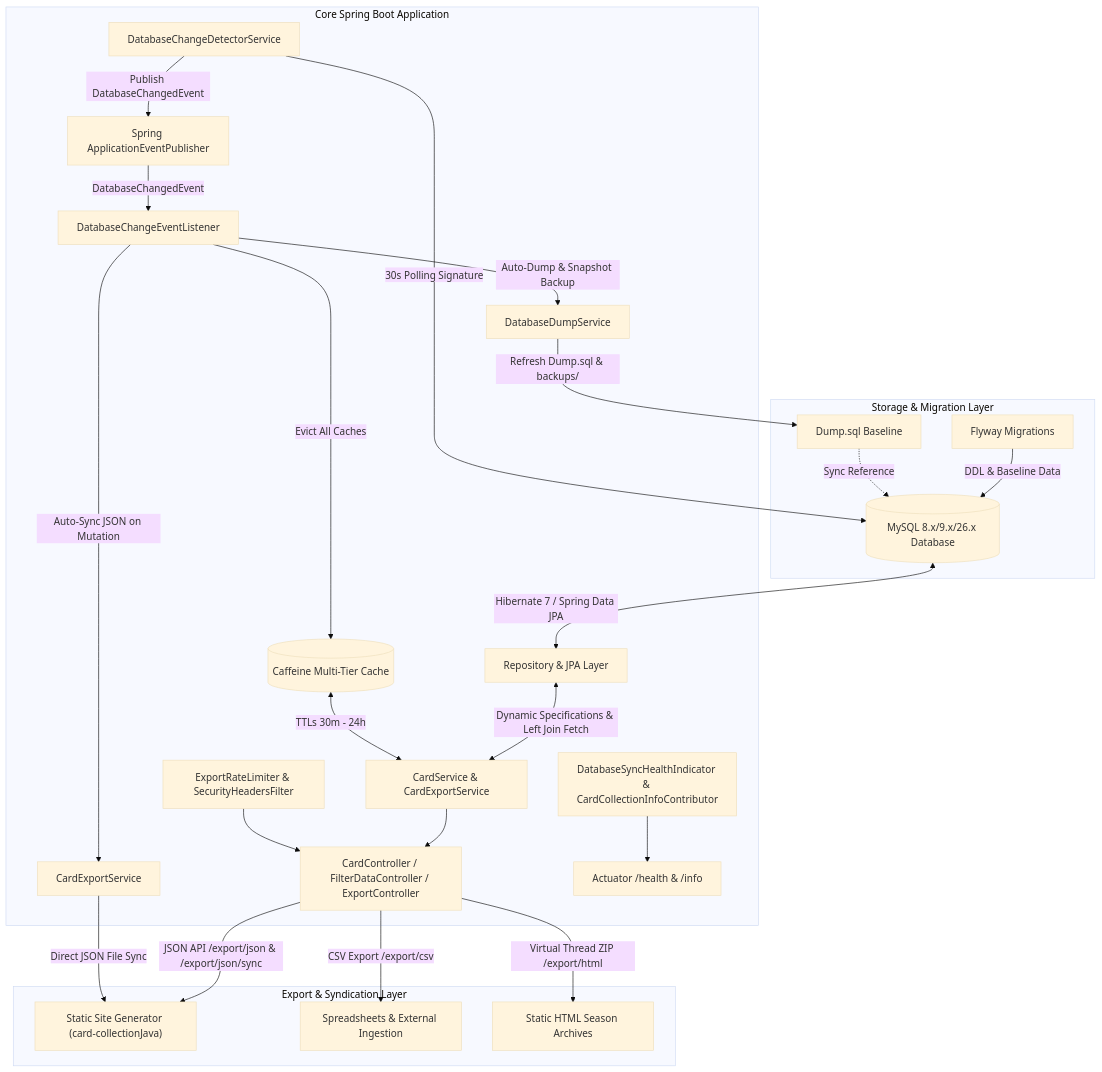
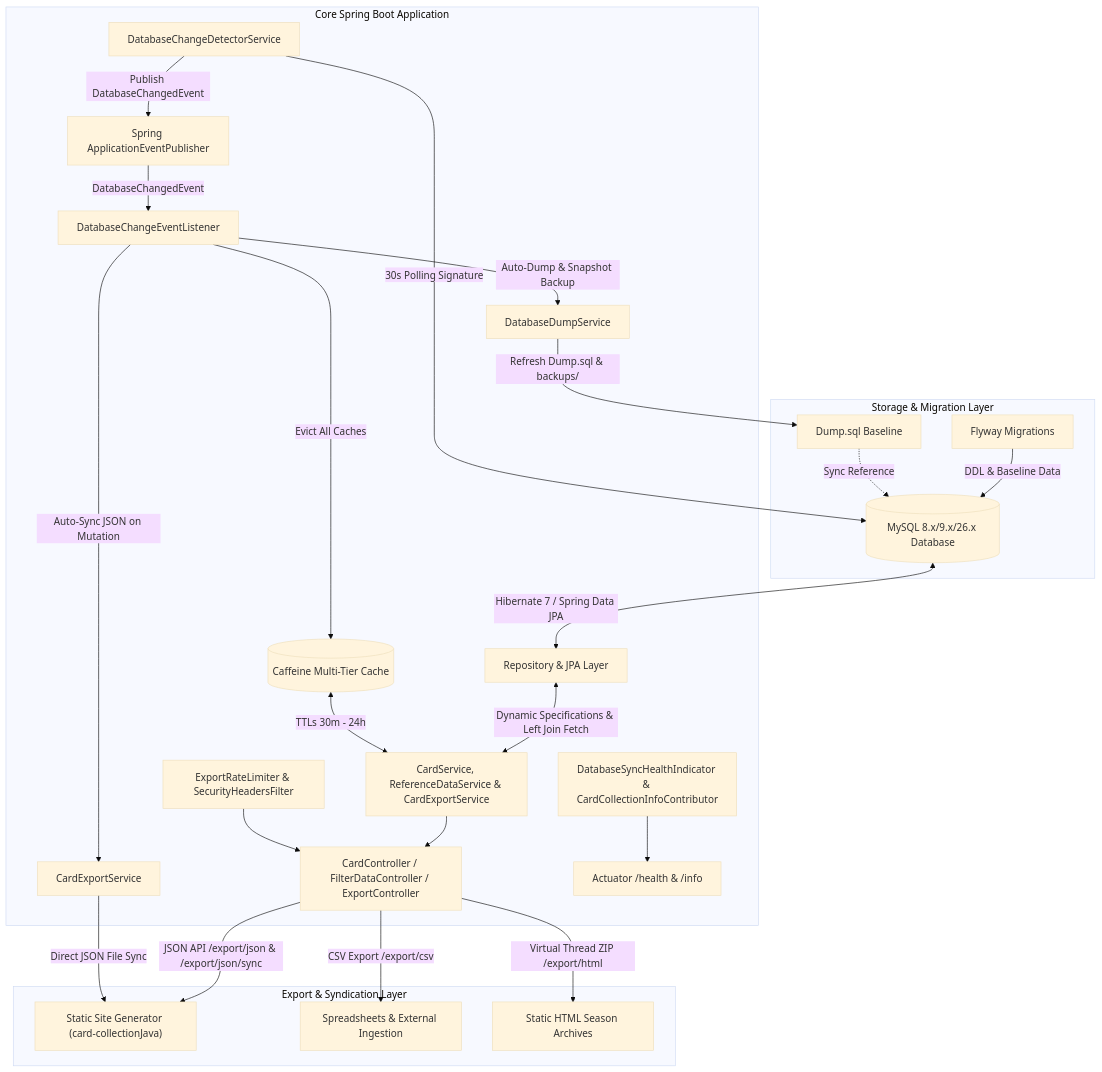
Before and after one commit to AndreasBild/card-collection: the first of 5 diagrams in ARCHITECTURE.md, drawn with Mermaid (base theme). The commit also changed other lines of this file and 8 other files, not shown here.

Commit message:
refactor(service): split reference-data lookups out of CardService

````diff
--- a/ARCHITECTURE.md
+++ b/ARCHITECTURE.md
@@ -9,30 +9,30 @@
 ```mermaid
 graph TD
     subgraph Storage & Migration Layer
         FW[Flyway Migrations] -->|DDL & Baseline Data| DB[(MySQL 8.x/9.x/26.x Database)]
         DUMP[Dump.sql Baseline] -.->|Sync Reference| DB
     end
 
     subgraph Core Spring Boot Application
         DB <-->|Hibernate 7 / Spring Data JPA| REPO[Repository & JPA Layer]
-        REPO <-->|Dynamic Specifications & Left Join Fetch| SRV[CardService & CardExportService]
+        REPO <-->|Dynamic Specifications & Left Join Fetch| SRV[CardService, ReferenceDataService & CardExportService]
         CACHE[(Caffeine Multi-Tier Cache)] <-->|TTLs 30m - 24h| SRV
         DETECTOR[DatabaseChangeDetectorService] -->|30s Polling Signature| DB
         DETECTOR -->|Publish DatabaseChangedEvent| BUS[Spring ApplicationEventPublisher]
         BUS -->|DatabaseChangedEvent| LISTENER[DatabaseChangeEventListener]
         LISTENER -->|Evict All Caches| CACHE
         LISTENER -->|Auto-Sync JSON on Mutation| EXP[CardExportService]
         LISTENER -->|Auto-Dump & Snapshot Backup| DUMPSRV[DatabaseDumpService]
         DUMPSRV -->|Refresh Dump.sql & backups/| DUMP
         SRV --> CTRL[CardController / FilterDataController / ExportController]
         LIMITER[ExportRateLimiter & SecurityHeadersFilter] --> CTRL
         HEALTH[DatabaseSyncHealthIndicator & CardCollectionInfoContributor] --> ACT[Actuator /health & /info]
     end
 
     subgraph Export & Syndication Layer
         CTRL -->|JSON API /export/json & /export/json/sync| SSG["Static Site Generator (card-collectionJava)"]
         EXP -->|Direct JSON File Sync| SSG
         CTRL -->|CSV Export /export/csv| CSV[Spreadsheets & External Ingestion]
         CTRL -->|Virtual Thread ZIP /export/html| HTML[Static HTML Season Archives]
     end
 ```
````
